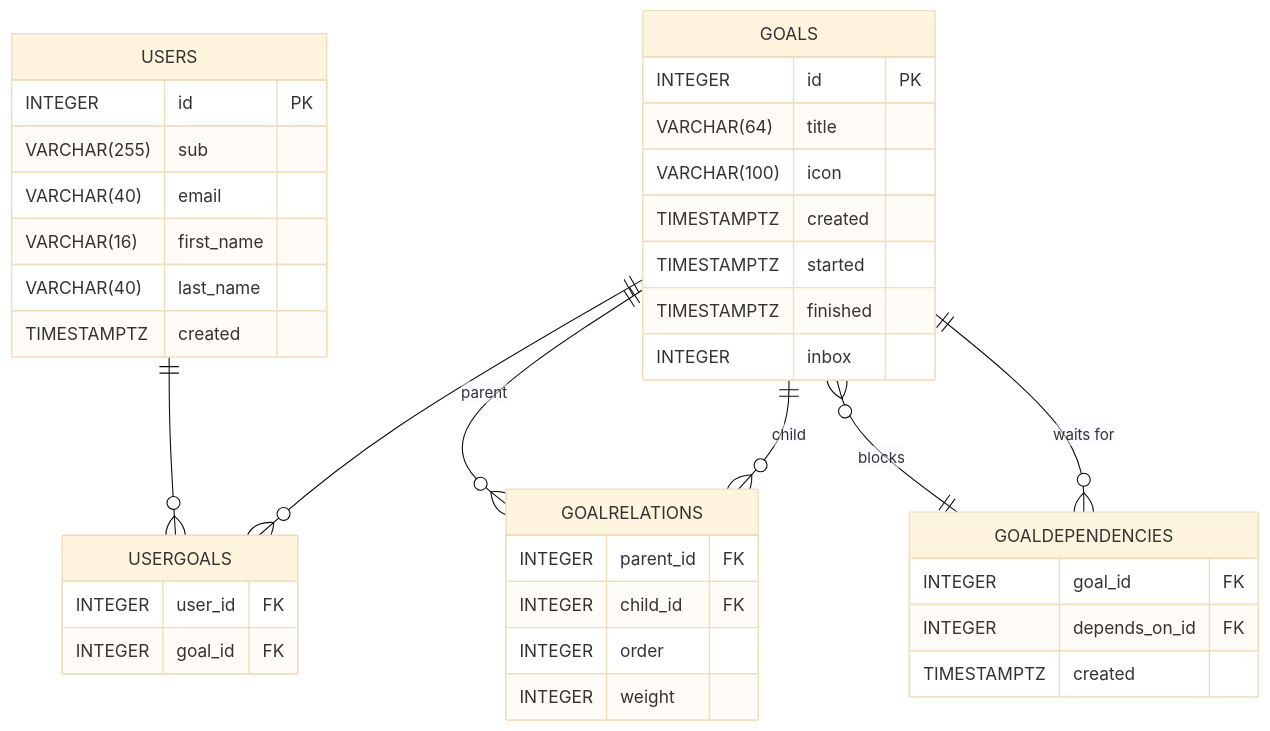
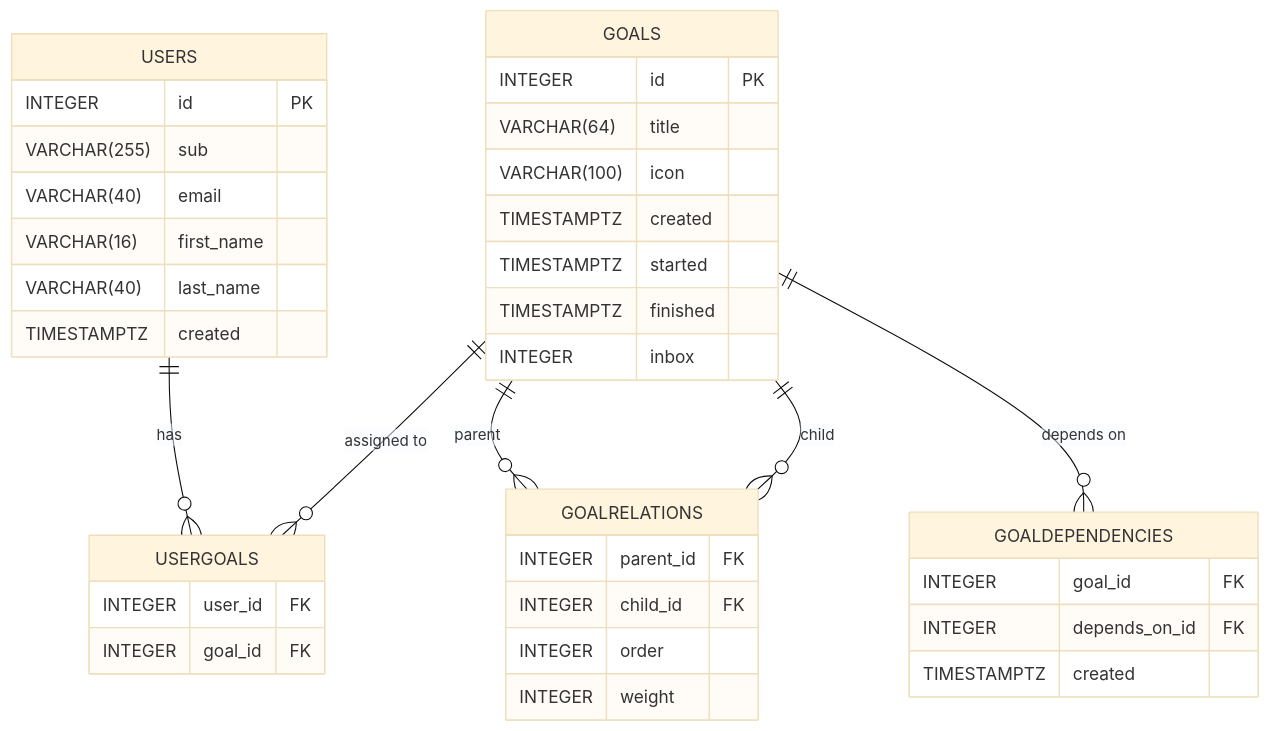
One commit to simonbrundin/plan changed the diagram in README.md. Above: the diagram before and after it, drawn with Mermaid (base theme).

Commit message:
fix: clearer relationship labels and simpler notation

````diff
--- a/README.md
+++ b/README.md
@@ -15,41 +15,40 @@
 ```mermaid
 erDiagram
     USERS {
         INTEGER id PK
         VARCHAR(255) sub
         VARCHAR(40) email
         VARCHAR(16) first_name
         VARCHAR(40) last_name
         TIMESTAMPTZ created
     }
     GOALS {
         INTEGER id PK
         VARCHAR(64) title
         VARCHAR(100) icon
         TIMESTAMPTZ created
         TIMESTAMPTZ started
         TIMESTAMPTZ finished
         INTEGER inbox
     }
     USERGOALS {
         INTEGER user_id FK
         INTEGER goal_id FK
     }
     GOALRELATIONS {
         INTEGER parent_id FK
         INTEGER child_id FK
         INTEGER order
         INTEGER weight
     }
     GOALDEPENDENCIES {
         INTEGER goal_id FK
         INTEGER depends_on_id FK
         TIMESTAMPTZ created
     }
-    USERS ||--o{ USERGOALS : ""
-    GOALS ||--o{ USERGOALS : ""
+    USERS ||--o{ USERGOALS : "has"
+    GOALS ||--o{ USERGOALS : "assigned to"
     GOALS ||--o{ GOALRELATIONS : "parent"
     GOALS ||--o{ GOALRELATIONS : "child"
-    GOALDEPENDENCIES }o--|| GOALS : "waits for"
-    GOALS }o--|| GOALDEPENDENCIES : "blocks"
+    GOALS ||--o{ GOALDEPENDENCIES : "depends on"
 ```
````
